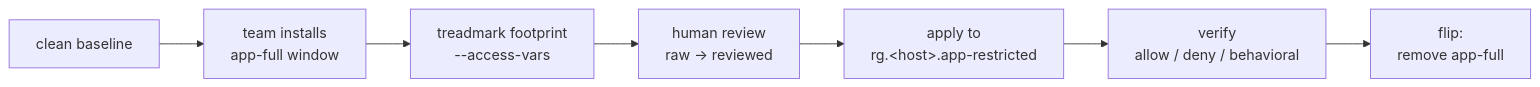
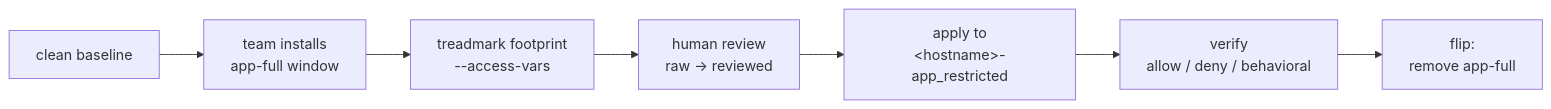
One commit to mcowser-p/declarative-access-profiles changed the diagram in docs/index.md. Above: the diagram before and after it, drawn with Mermaid. The commit also changed 3 other files, not shown here.

````diff
--- a/docs/index.md
+++ b/docs/index.md
@@ -10,9 +10,9 @@
 ```mermaid
 flowchart LR
     A[clean baseline] --> B[team installs<br/>app-full window]
     B --> C[treadmark footprint<br/>--access-vars]
     C --> D[human review<br/>raw → reviewed]
-    D --> E[apply to<br/>rg.&lt;host&gt;.app-restricted]
+    D --> E[apply to<br/>&lt;hostname&gt;-app_restricted]
     E --> F[verify<br/>allow / deny / behavioral]
     F --> G[flip:<br/>remove app-full]
 ```
````
